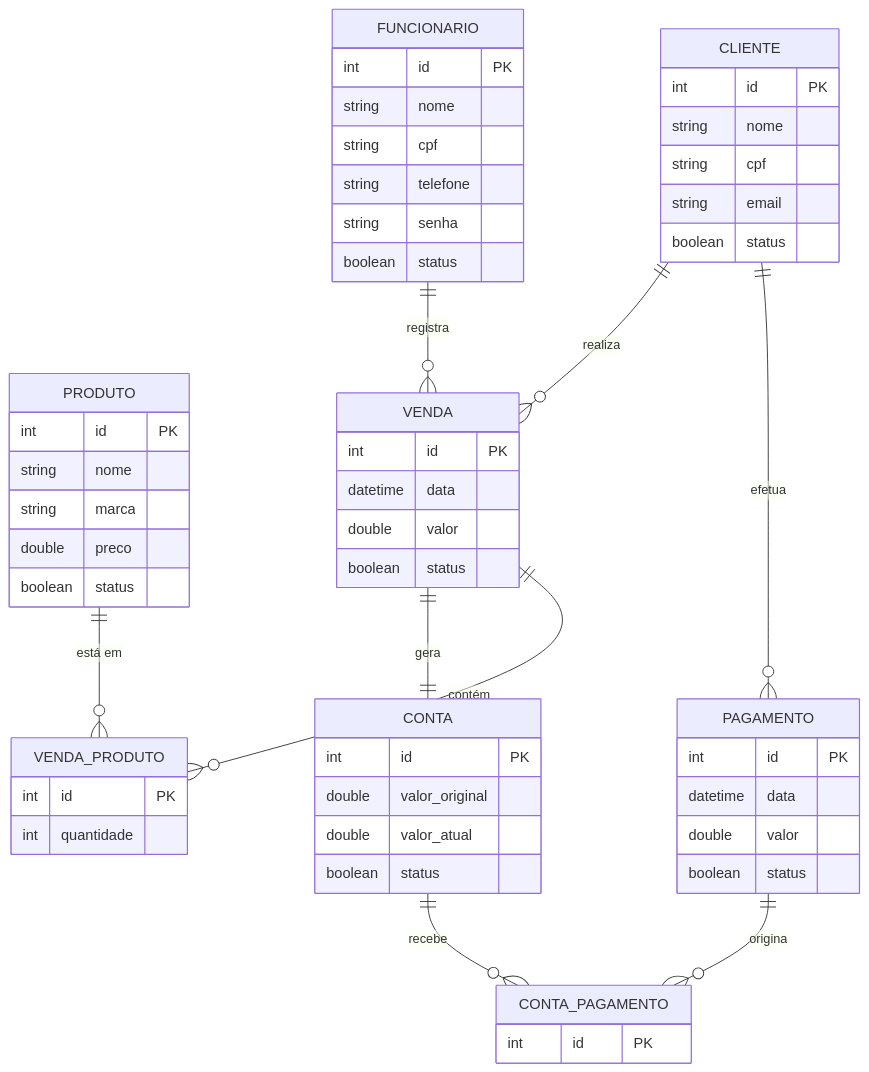
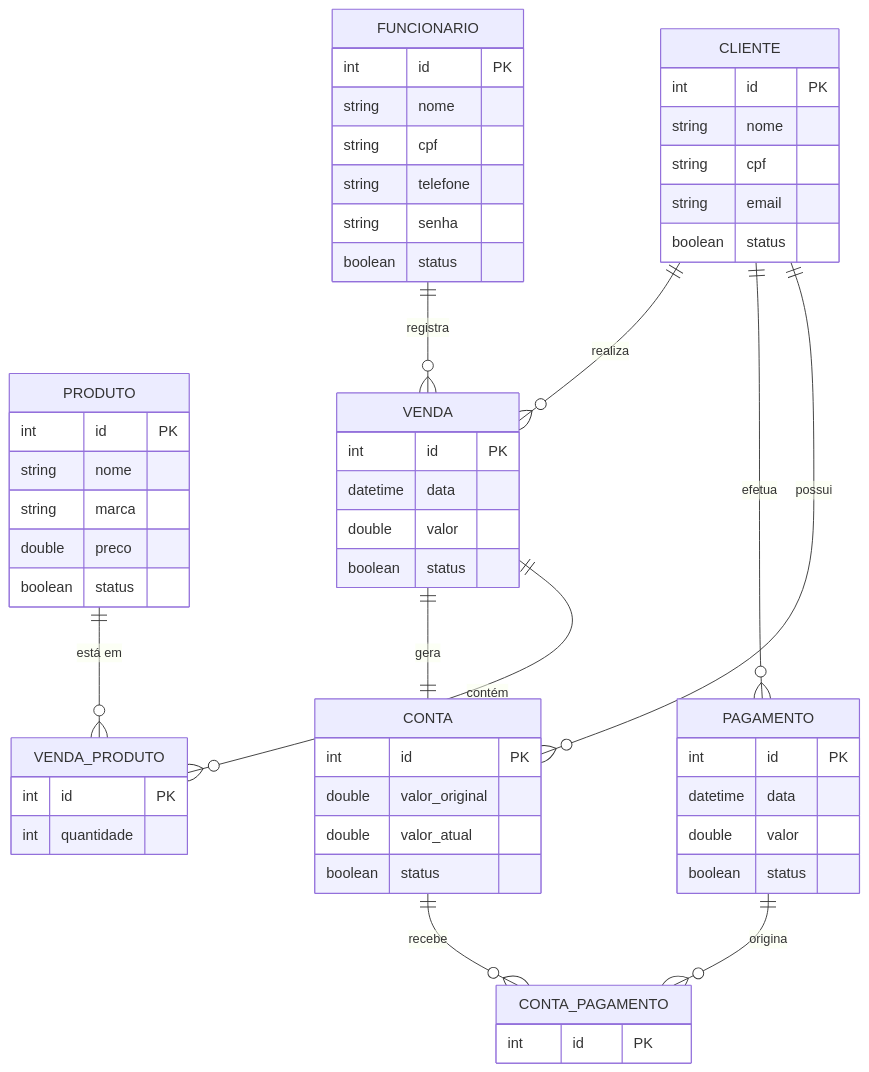
One commit to ThomasReyel/projeto_eng_software changed the diagram in docs/Documento de Visão.md. Above: the diagram before and after it, drawn with Mermaid.

Commit message:
Feat: relacionamento entre cliente e conta

````diff
--- a/docs/Documento de Visão.md
+++ b/docs/Documento de Visão.md
@@ -187,67 +187,68 @@
 ```mermaid
 erDiagram
     FUNCIONARIO {
         int id PK
         string nome
         string cpf
         string telefone
         string senha
         boolean status
     }
 
     CLIENTE {
         int id PK
         string nome
         string cpf
         string email
         boolean status
     }
 
     PRODUTO {
         int id PK
         string nome
         string marca
         double preco
         boolean status
     }
 
     VENDA {
         int id PK
         datetime data
         double valor
         boolean status
     }
 
     VENDA_PRODUTO {
         int id PK
         int quantidade
     }
 
     CONTA {
         int id PK
         double valor_original
         double valor_atual
         boolean status
     }
 
     PAGAMENTO {
         int id PK
         datetime data
         double valor
         boolean status
     }
 
     CONTA_PAGAMENTO {
         int id PK
     }
 
     CLIENTE ||--o{ VENDA : "realiza"
     CLIENTE ||--o{ PAGAMENTO : "efetua"
+    CLIENTE ||--o{ CONTA : "possui"
     FUNCIONARIO ||--o{ VENDA : "registra"
     VENDA ||--|| CONTA : "gera"
     VENDA ||--o{ VENDA_PRODUTO : "contém"
     PRODUTO ||--o{ VENDA_PRODUTO : "está em"
     CONTA ||--o{ CONTA_PAGAMENTO : "recebe"
     PAGAMENTO ||--o{ CONTA_PAGAMENTO : "origina"
 
 ```
````
